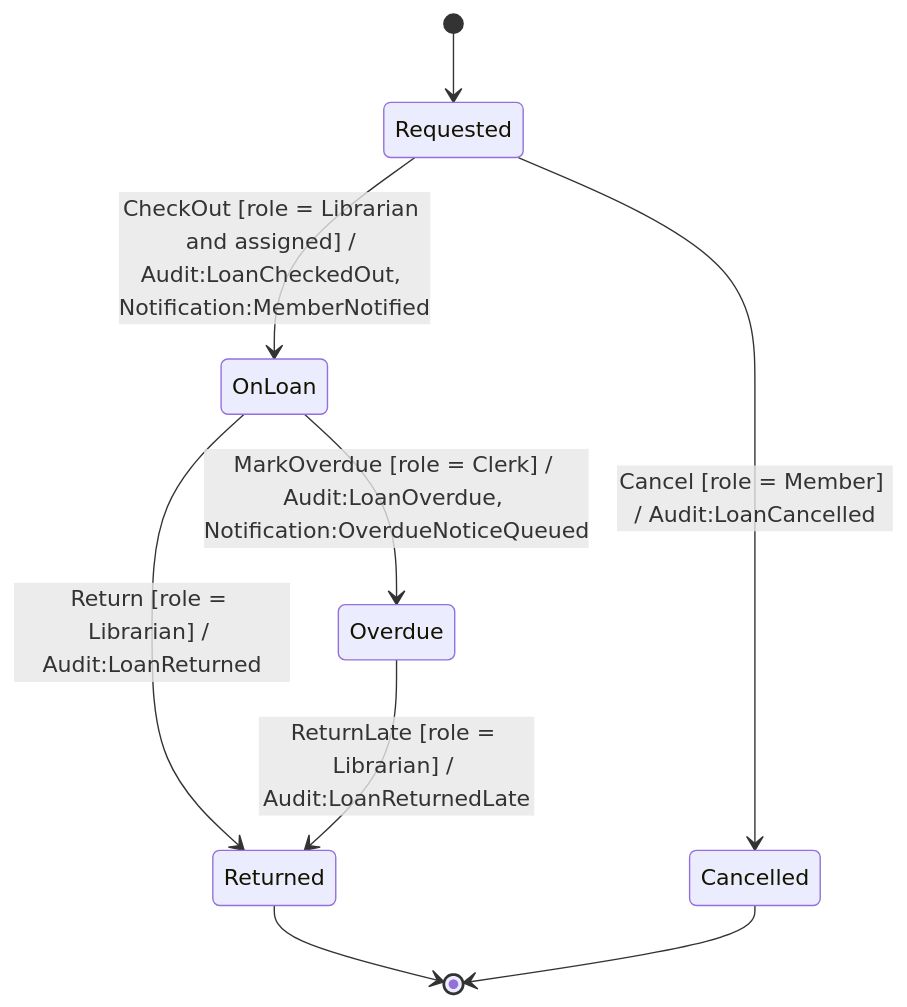
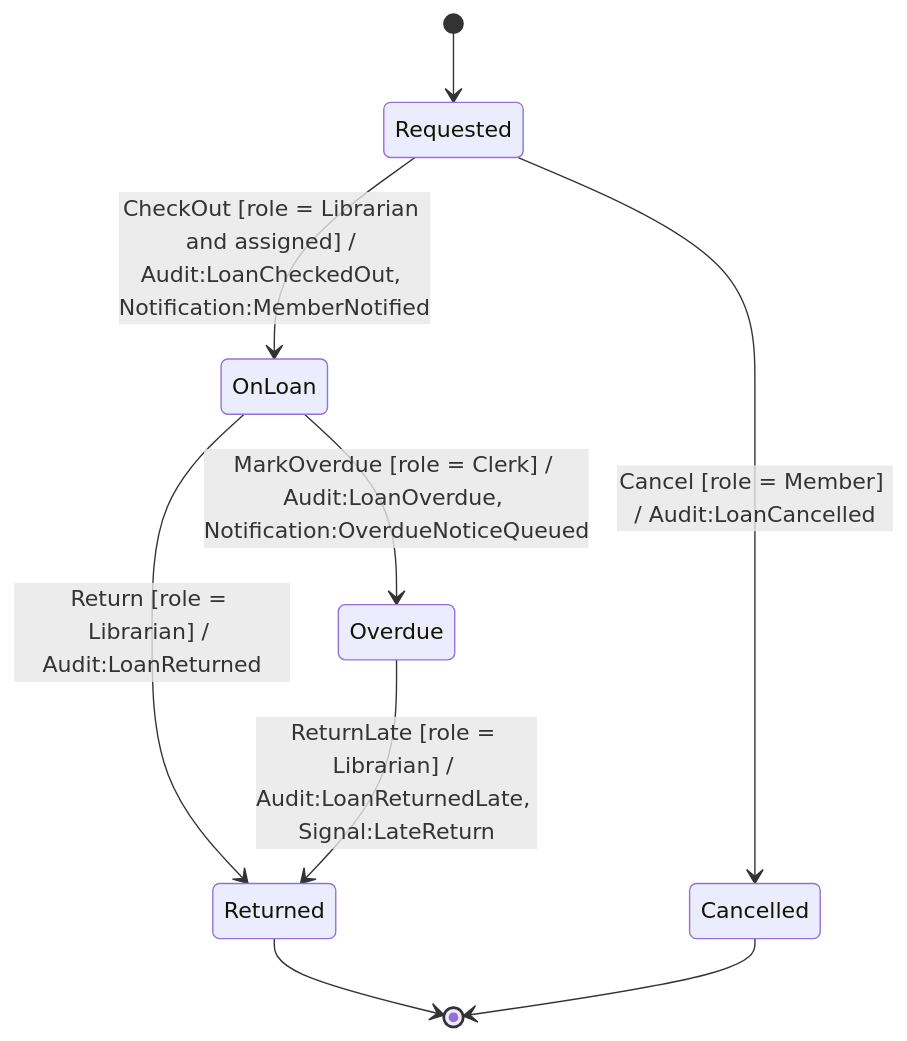
Before and after one commit to 45ck/eija-studio: the first of 2 diagrams in verification/interop/generated/library-loan.md, drawn with Mermaid. The commit also changed other lines of this file and 98 other files, not shown here.

````diff
--- a/verification/interop/generated/library-loan.md
+++ b/verification/interop/generated/library-loan.md
@@ -6,16 +6,16 @@
 ```mermaid
 stateDiagram-v2
     Requested
     OnLoan
     Overdue
     Returned
     Cancelled
     [*] --> Requested
     Requested --> Cancelled : Cancel [role = Member] / Audit:LoanCancelled
     Requested --> OnLoan : CheckOut [role = Librarian and assigned] / Audit:LoanCheckedOut, Notification:MemberNotified
     OnLoan --> Overdue : MarkOverdue [role = Clerk] / Audit:LoanOverdue, Notification:OverdueNoticeQueued
     OnLoan --> Returned : Return [role = Librarian] / Audit:LoanReturned
-    Overdue --> Returned : ReturnLate [role = Librarian] / Audit:LoanReturnedLate
+    Overdue --> Returned : ReturnLate [role = Librarian] / Audit:LoanReturnedLate, Signal:LateReturn
     Returned --> [*]
     Cancelled --> [*]
 ```
````
